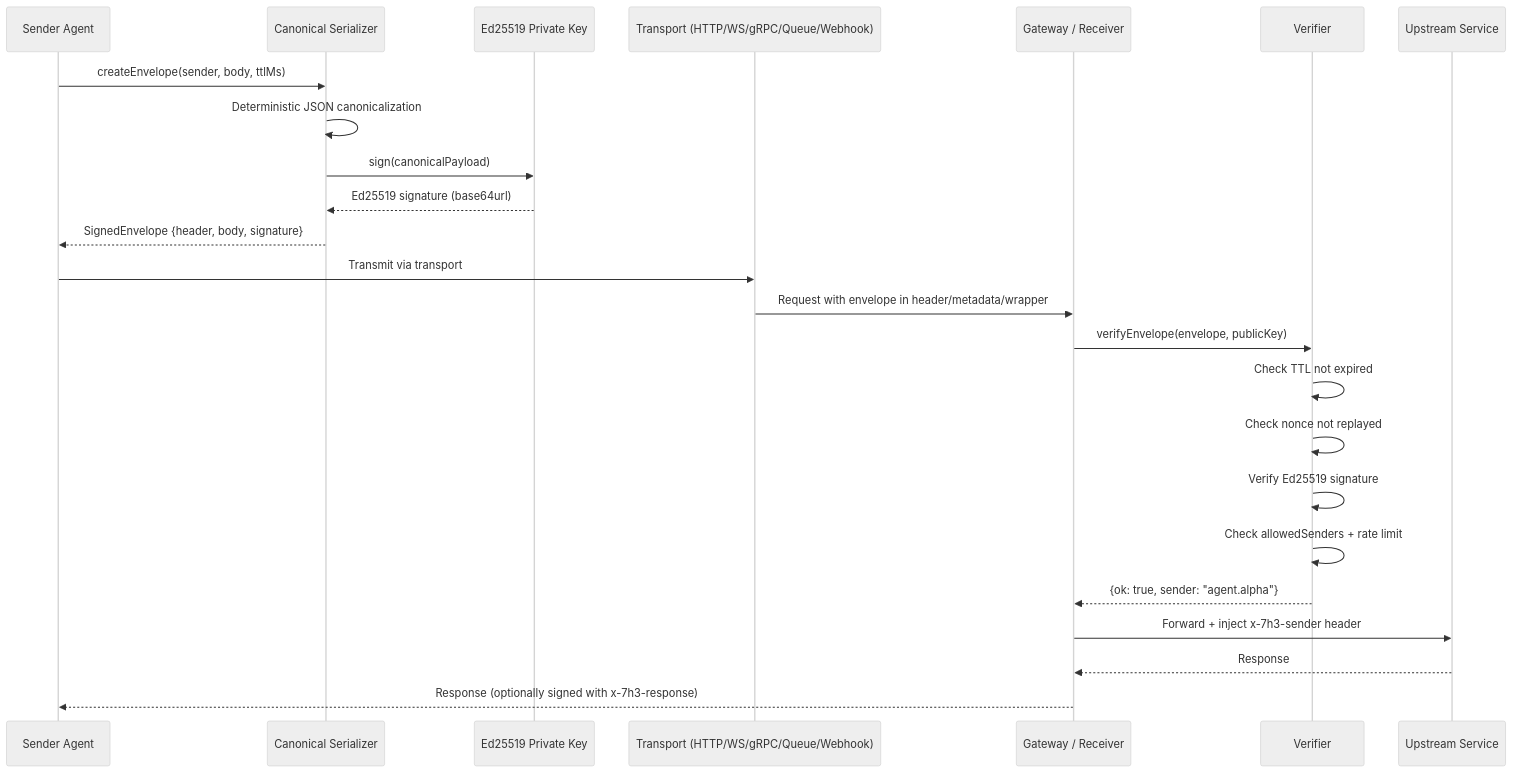
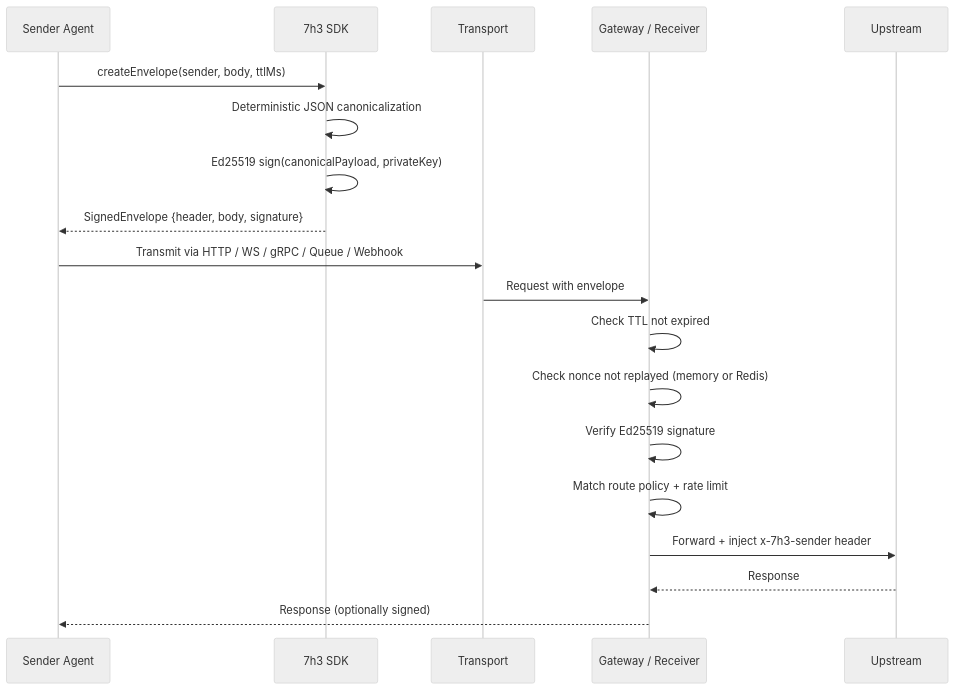
Before and after one commit to IceMasterT/7h3-protocol: the first of 8 diagrams in README.md, drawn with Mermaid (neutral theme). The commit also changed other lines of this file, not shown here.

````diff
--- a/README.md
+++ b/README.md
@@ -88,27 +133,22 @@
 ```mermaid
 sequenceDiagram
     participant S as Sender Agent
-    participant C as Canonical Serializer
-    participant K as Ed25519 Private Key
-    participant T as Transport (HTTP/WS/gRPC/Queue/Webhook)
+    participant C as 7h3 SDK
+    participant T as Transport
     participant G as Gateway / Receiver
-    participant V as Verifier
-    participant U as Upstream Service
+    participant U as Upstream
 
     S->>C: createEnvelope(sender, body, ttlMs)
     C->>C: Deterministic JSON canonicalization
-    C->>K: sign(canonicalPayload)
-    K-->>C: Ed25519 signature (base64url)
+    C->>C: Ed25519 sign(canonicalPayload, privateKey)
     C-->>S: SignedEnvelope {header, body, signature}
-    S->>T: Transmit via transport
-    T->>G: Request with envelope in header/metadata/wrapper
-    G->>V: verifyEnvelope(envelope, publicKey)
-    V->>V: Check TTL not expired
-    V->>V: Check nonce not replayed
-    V->>V: Verify Ed25519 signature
-    V->>V: Check allowedSenders + rate limit
-    V-->>G: {ok: true, sender: "agent.alpha"}
+    S->>T: Transmit via HTTP / WS / gRPC / Queue / Webhook
+    T->>G: Request with envelope
+    G->>G: Check TTL not expired
+    G->>G: Check nonce not replayed (memory or Redis)
+    G->>G: Verify Ed25519 signature
+    G->>G: Match route policy + rate limit
     G->>U: Forward + inject x-7h3-sender header
     U-->>G: Response
-    G-->>S: Response (optionally signed with x-7h3-response)
+    G-->>S: Response (optionally signed)
 ```
````
